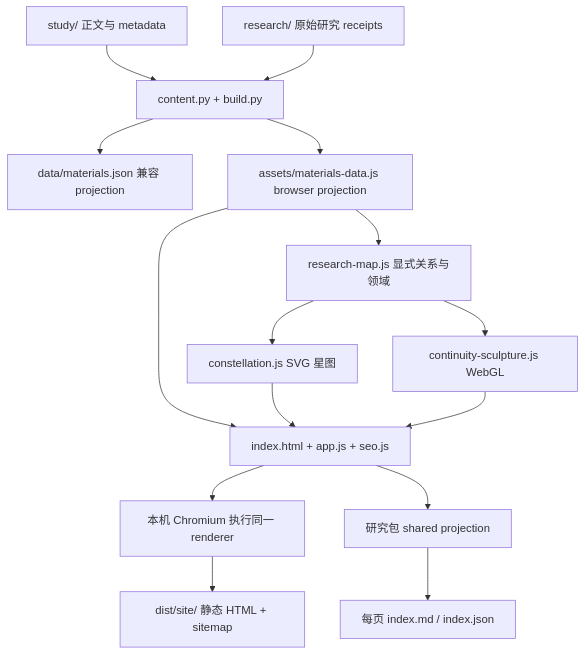
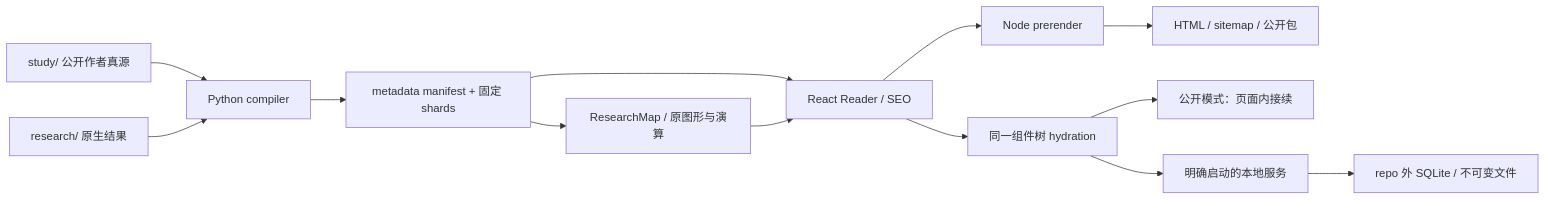
The diagram in docs/website.md (IndelibleVivi/agent-memory-study), drawn with Mermaid before and after one commit. The commit also changed other lines of this file and 495 other files, not shown here.

Commit message:
Build the next-generation local research environment

````diff
--- a/docs/website.md
+++ b/docs/website.md
@@ -7,17 +7,15 @@
 ```mermaid
-flowchart TD
-  S[study/ 正文与 metadata] --> C[content.py + build.py]
-  R[research/ 原始研究 receipts] --> C
-  C --> J[data/materials.json 兼容 projection]
-  C --> B[assets/materials-data.js browser projection]
-  B --> V[index.html + app.js + seo.js]
-  B --> G[research-map.js 显式关系与领域]
-  G --> A[constellation.js SVG 星图]
-  G --> T[continuity-sculpture.js WebGL]
-  A --> V
-  T --> V
-  V --> P[本机 Chromium 执行同一 renderer]
-  P --> H[dist/site/ 静态 HTML + sitemap]
-  V --> D[研究包 shared projection]
-  D --> M[每页 index.md / index.json]
+flowchart LR
+  S[study/ 公开作者真源] --> C[Python compiler]
+  R[research/ 原生结果] --> C
+  C --> M[metadata manifest + 固定 shards]
+  M --> V[React Reader / SEO]
+  V --> N[Node prerender]
+  N --> H[HTML / sitemap / 公开包]
+  V --> B[同一组件树 hydration]
+  M --> G[ResearchMap / 原图形与演算]
+  G --> V
+  B --> P[公开模式：页面内接续]
+  B --> L[明确启动的本地服务]
+  L --> D[repo 外 SQLite / 不可变文件]
 ```
````
